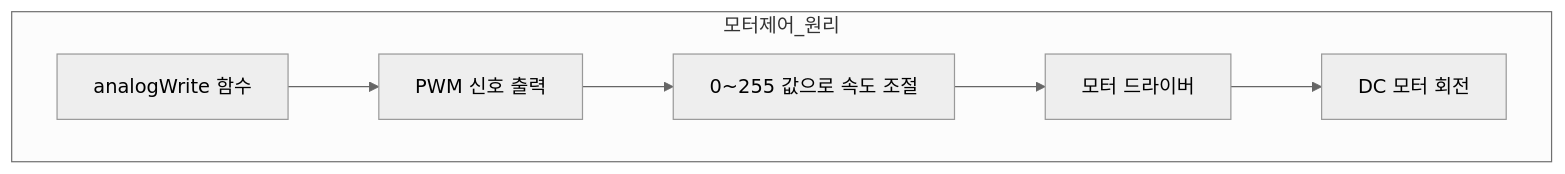
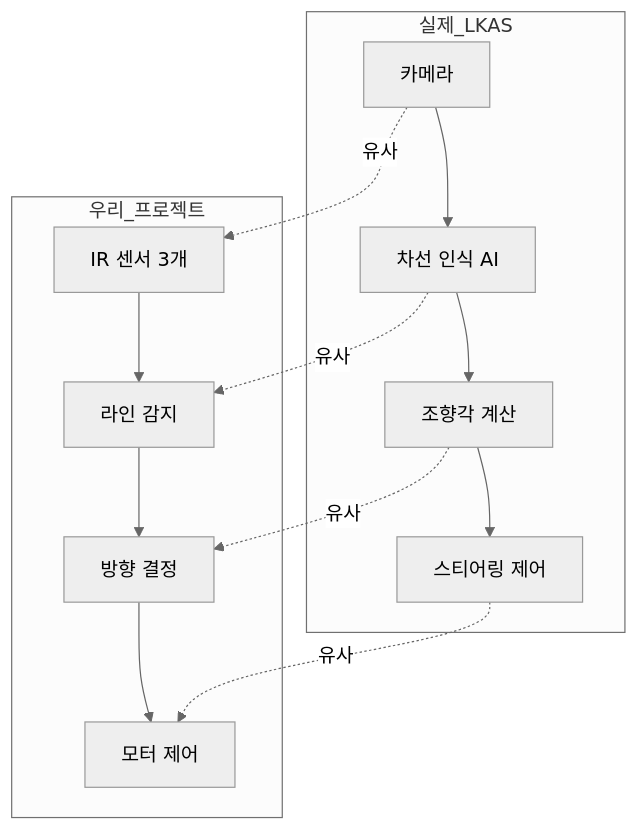
The sixth of 17 diagrams in document/curriculum_autoplot_2day.md (Collegenie-X/Arduino_AutoPlot), drawn with Mermaid (neutral theme) before and after one commit. The commit also changed other lines of this file and 3 other files, not shown here.

````diff
--- a/document/curriculum_autoplot_2day.md
+++ b/document/curriculum_autoplot_2day.md
@@ -82,9 +289,19 @@
 ```mermaid
 flowchart TB
-    subgraph 모터제어_원리
-        A[analogWrite 함수] --> B[PWM 신호 출력]
-        B --> C[0~255 값으로 속도 조절]
-        C --> D[모터 드라이버]
-        D --> E[DC 모터 회전]
+    subgraph 실제_LKAS
+        A[카메라] --> B[차선 인식 AI]
+        B --> C[조향각 계산]
+        C --> D[스티어링 제어]
     end
+    
+    subgraph 우리_프로젝트
+        E[IR 센서 3개] --> F[라인 감지]
+        F --> G[방향 결정]
+        G --> H[모터 제어]
+    end
+    
+    A -.->|유사| E
+    B -.->|유사| F
+    C -.->|유사| G
+    D -.->|유사| H
 ```
````
